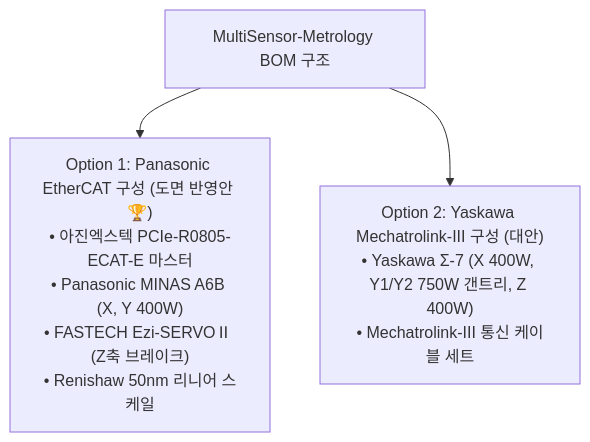
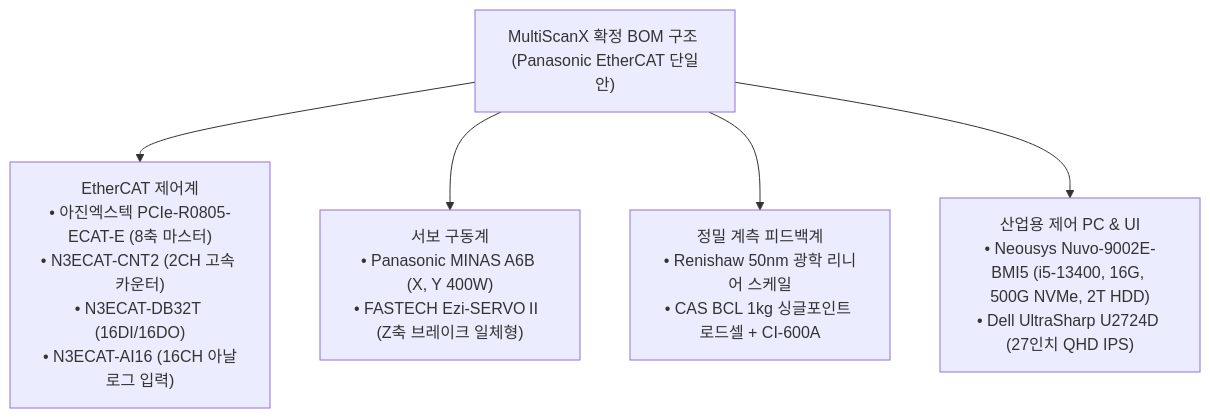
One commit to ykkim-temaat/261110_MultiScanX changed the first of 2 diagrams in docs/261110-03_MultiSensor-Metrology_부품발주검토_및_BOM_명세서.md. Above: the diagram before and after it, drawn with Mermaid. The commit also changed other lines of this file and 12 other files, not shown here.

````diff
--- a/docs/261110-03_MultiSensor-Metrology_부품발주검토_및_BOM_명세서.md
+++ b/docs/261110-03_MultiSensor-Metrology_부품발주검토_및_BOM_명세서.md
@@ -22,6 +24,8 @@
 ```mermaid
 flowchart TD
-    BOM["MultiSensor-Metrology BOM 구조"]
-    BOM --> Opt1["Option 1: Panasonic EtherCAT 구성 (도면 반영안 🏆)<br/>• 아진엑스텍 PCIe-R0805-ECAT-E 마스터<br/>• Panasonic MINAS A6B (X, Y 400W)<br/>• FASTECH Ezi-SERVOⅡ (Z축 브레이크)<br/>• Renishaw 50nm 리니어 스케일"]
-    BOM --> Opt2["Option 2: Yaskawa Mechatrolink-III 구성 (대안)<br/>• Yaskawa Σ-7 (X 400W, Y1/Y2 750W 갠트리, Z 400W)<br/>• Mechatrolink-III 통신 케이블 세트"]
+    BOM["MultiScanX 확정 BOM 구조 (Panasonic EtherCAT 단일안)"]
+    BOM --> ECAT["EtherCAT 제어계<br/>• 아진엑스텍 PCIe-R0805-ECAT-E (8축 마스터)<br/>• N3ECAT-CNT2 (2CH 고속 카운터)<br/>• N3ECAT-DB32T (16DI/16DO)<br/>• N3ECAT-AI16 (16CH 아날로그 입력)"]
+    BOM --> SERVO["서보 구동계<br/>• Panasonic MINAS A6B (X, Y 400W)<br/>• FASTECH Ezi-SERVOⅡ (Z축 브레이크 일체형)"]
+    BOM --> FEEDBACK["정밀 계측 피드백계<br/>• Renishaw 50nm 광학 리니어 스케일<br/>• CAS BCL 1kg 싱글포인트 로드셀 + CI-600A"]
+    BOM --> IPC["산업용 제어 PC & UI<br/>• Neousys Nuvo-9002E-BMI5 (i5-13400, 16G, 500G NVMe, 2T HDD)<br/>• Dell UltraSharp U2724D (27인치 QHD IPS)"]
 ```
````
